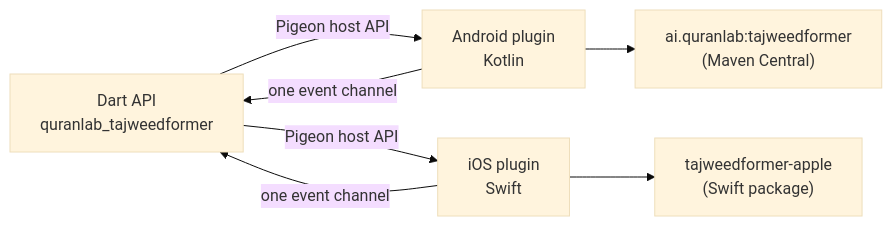
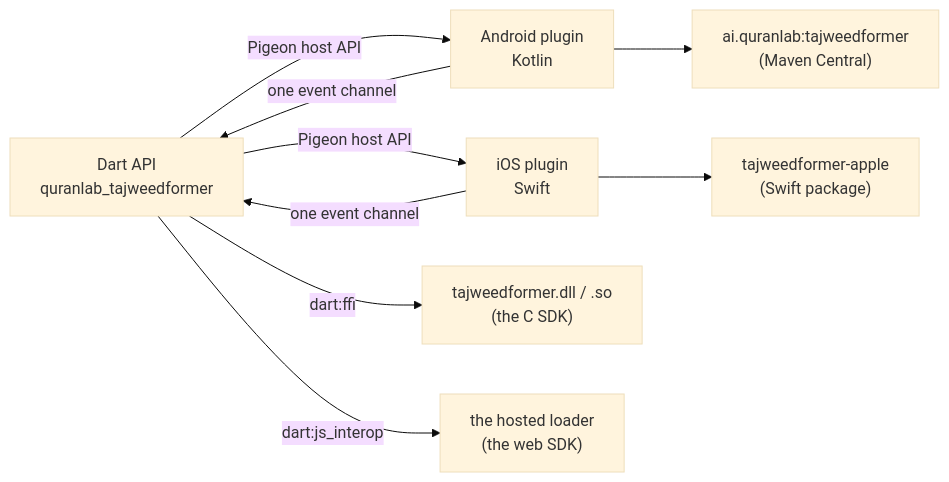
One commit to Quran-Lab/tajweedformer-flutter changed the diagram in AGENTS.md. Above: the diagram before and after it, drawn with Mermaid (base theme). The commit also changed other lines of this file and 106 other files, not shown here.

````diff
--- a/AGENTS.md
+++ b/AGENTS.md
@@ -306,9 +374,11 @@
 ```mermaid
 flowchart LR
   dart["Dart API<br/>quranlab_tajweedformer"] -- Pigeon host API --> kotlin["Android plugin<br/>Kotlin"]
   dart -- Pigeon host API --> swift["iOS plugin<br/>Swift"]
+  dart -- dart:ffi --> ffi["tajweedformer.dll / .so<br/>(the C SDK)"]
+  dart -- dart:js_interop --> loader["the hosted loader<br/>(the web SDK)"]
   kotlin --> android["ai.quranlab:tajweedformer<br/>(Maven Central)"]
   swift --> apple["tajweedformer-apple<br/>(Swift package)"]
   kotlin -- one event channel --> dart
   swift -- one event channel --> dart
 ```
````
